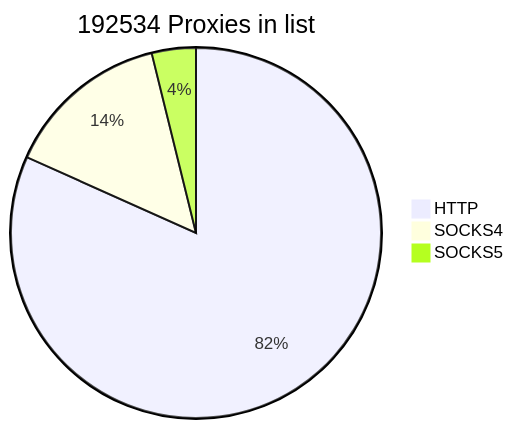
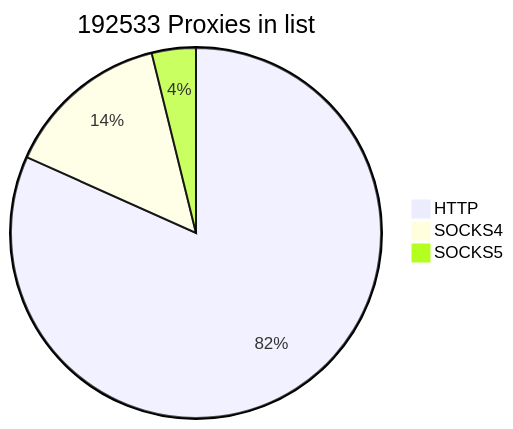
The first of 2 diagrams in README.md (cutipu/proxylist), drawn with Mermaid before and after one commit. The commit also changed other lines of this file, not shown here.

````diff
--- a/README.md
+++ b/README.md
@@ -2,7 +2,7 @@
 ```mermaid
-pie title 192534 Proxies in list
-    "HTTP" : 157312
+pie title 192533 Proxies in list
+    "HTTP" : 157310
     "SOCKS4" : 27820
-    "SOCKS5" : 7402
+    "SOCKS5" : 7403
             
 ```
````
